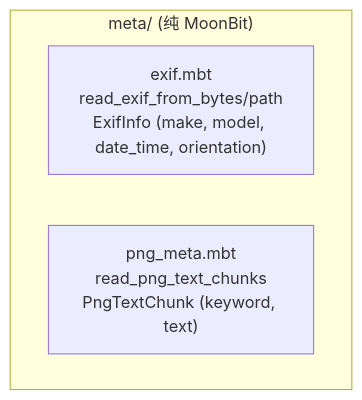
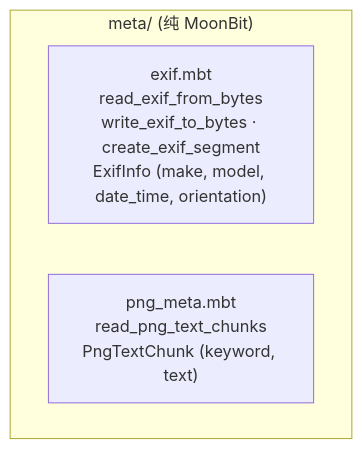
One commit to toadium/stb-image changed the eighth of 14 diagrams in docs/architecture.md. Above: the diagram before and after it, drawn with Mermaid. The commit also changed other lines of this file and 132 other files, not shown here.

````diff
--- a/docs/architecture.md
+++ b/docs/architecture.md
@@ -302,7 +284,7 @@
 ```mermaid
 flowchart TB
     subgraph MetaPkg["meta/ (纯 MoonBit)"]
-        EXIF["exif.mbt<br/>read_exif_from_bytes/path<br/>ExifInfo (make, model, date_time, orientation)"]
+        EXIF["exif.mbt<br/>read_exif_from_bytes<br/>write_exif_to_bytes · create_exif_segment<br/>ExifInfo (make, model, date_time, orientation)"]
         PNG["png_meta.mbt<br/>read_png_text_chunks<br/>PngTextChunk (keyword, text)"]
     end
 ```
````
